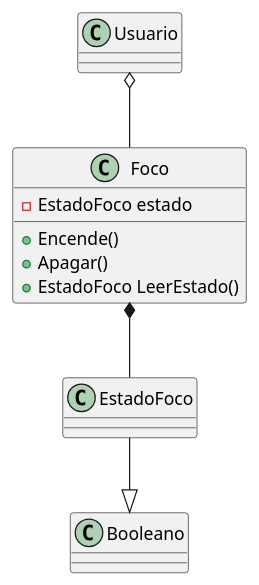
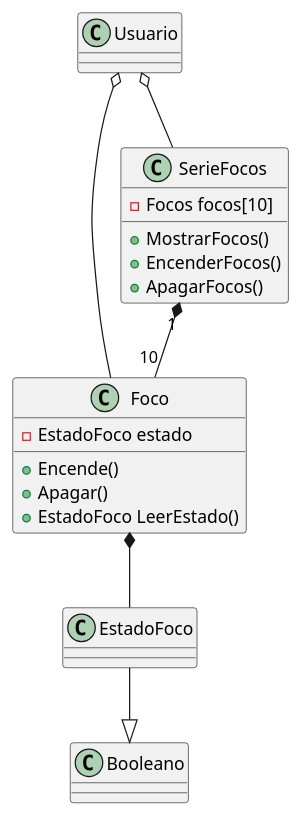
Before and after one commit to Emiliano04z/3E261-SegundoParcial: the diagram in docs/foco.puml, drawn with PlantUML. The commit also changed 4 other files, not shown here.

```diff
--- a/docs/foco.puml
+++ b/docs/foco.puml
@@ -1,19 +1,27 @@
 @startuml foco
 
 class Usuario
 
 class Foco{
 - EstadoFoco estado
 + Encende()
 + Apagar()
 +EstadoFoco LeerEstado()
 
 }
 
 class EstadoFoco
+class SerieFocos{
+    - Focos focos[10]
+    + MostrarFocos()
+    + EncenderFocos()
+    + ApagarFocos()
+}
 
 Usuario o-- Foco
 Foco *-- EstadoFoco
 EstadoFoco --|> Booleano
+SerieFocos "1" *-- "10" Foco
+Usuario o-- SerieFocos
 
 @enduml
```
